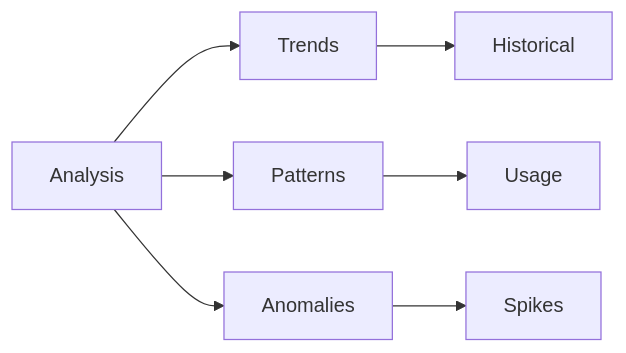
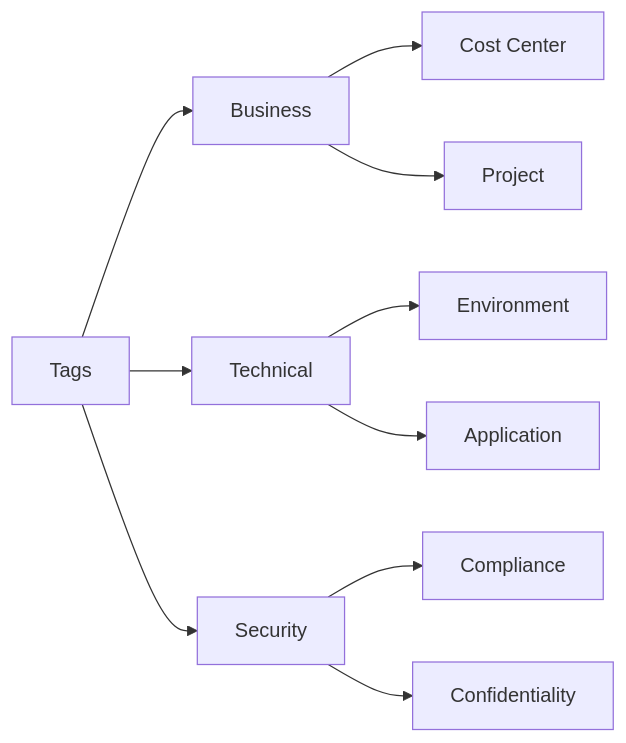
One commit to saravanakumarrc/Architecture_Journey changed the ninth of 15 diagrams in src/azure/az-104/Cost_Management.md. Above: the diagram before and after it, drawn with Mermaid. The commit also changed other lines of this file and 6 other files, not shown here.

````diff
--- a/src/azure/az-104/Cost_Management.md
+++ b/src/azure/az-104/Cost_Management.md
@@ -153,10 +161,15 @@
 ```mermaid
 graph LR
-    A[Analysis] --> B[Trends]
-    A --> C[Patterns]
-    A --> D[Anomalies]
+    A[Tags] --> B[Business]
+    A --> C[Technical]
+    A --> D[Security]
     
-    B --> E[Historical]
-    C --> F[Usage]
-    D --> G[Spikes]
+    B --> E[Cost Center]
+    B --> F[Project]
+    
+    C --> G[Environment]
+    C --> H[Application]
+    
+    D --> I[Compliance]
+    D --> J[Confidentiality]
 ```
````
